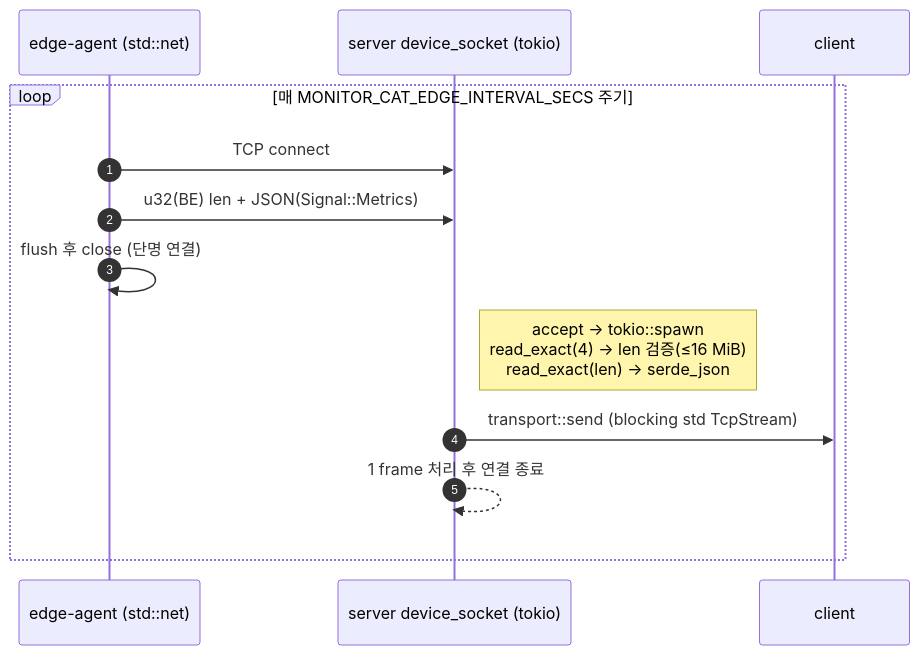
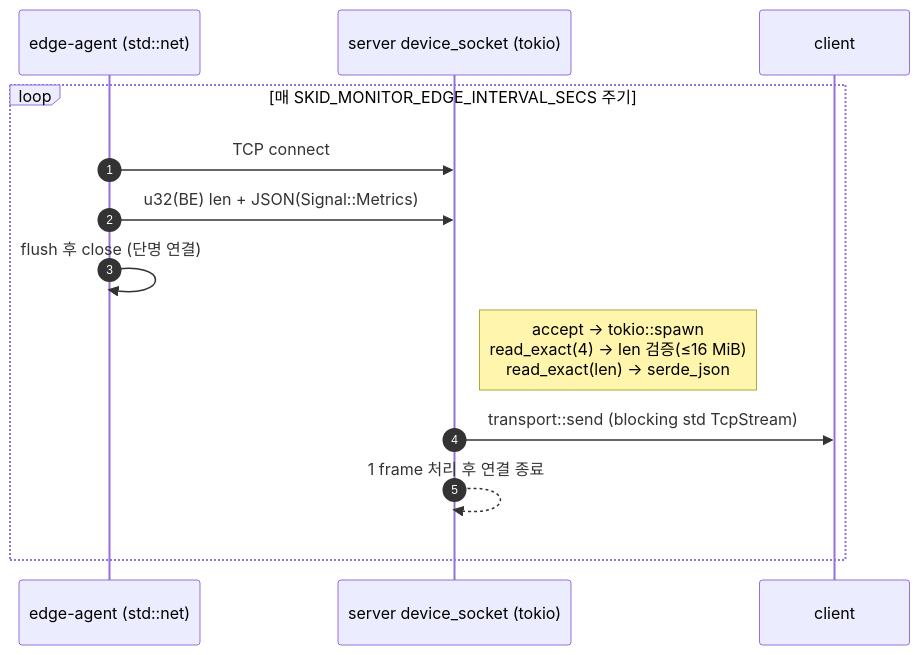
One commit to LuticaCANARD/skid-monitor changed the second of 5 diagrams in docs/edge-agent-deployment.md. Above: the diagram before and after it, drawn with Mermaid. The commit also changed other lines of this file and 31 other files, not shown here.

First line of the commit message:
feat: implement skid-monitor client and protocol for telemetry data

````diff
--- a/docs/edge-agent-deployment.md
+++ b/docs/edge-agent-deployment.md
@@ -214,15 +214,15 @@
 ```mermaid
 sequenceDiagram
     autonumber
     participant A as edge-agent (std::net)
     participant S as server device_socket (tokio)
     participant C as client
-    loop 매 MONITOR_CAT_EDGE_INTERVAL_SECS 주기
+    loop 매 SKID_MONITOR_EDGE_INTERVAL_SECS 주기
         A->>S: TCP connect
         A->>S: u32(BE) len + JSON(Signal::Metrics)
         A->>A: flush 후 close (단명 연결)
         Note right of S: accept → tokio::spawn<br/>read_exact(4) → len 검증(≤16 MiB)<br/>read_exact(len) → serde_json
         S->>C: transport::send (blocking std TcpStream)
         S-->>S: 1 frame 처리 후 연결 종료
     end
 ```
````
